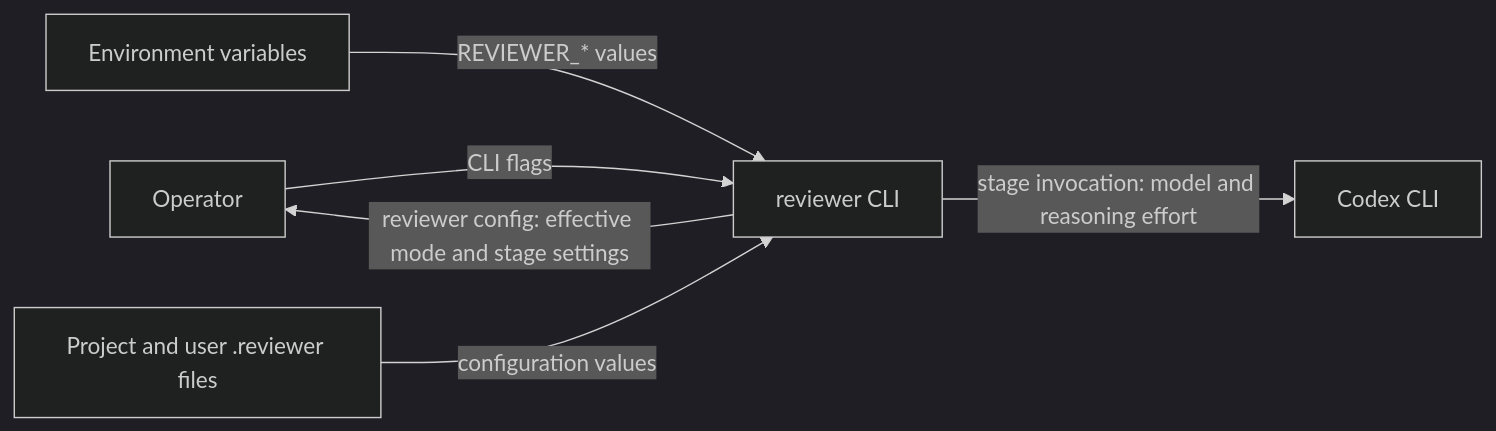
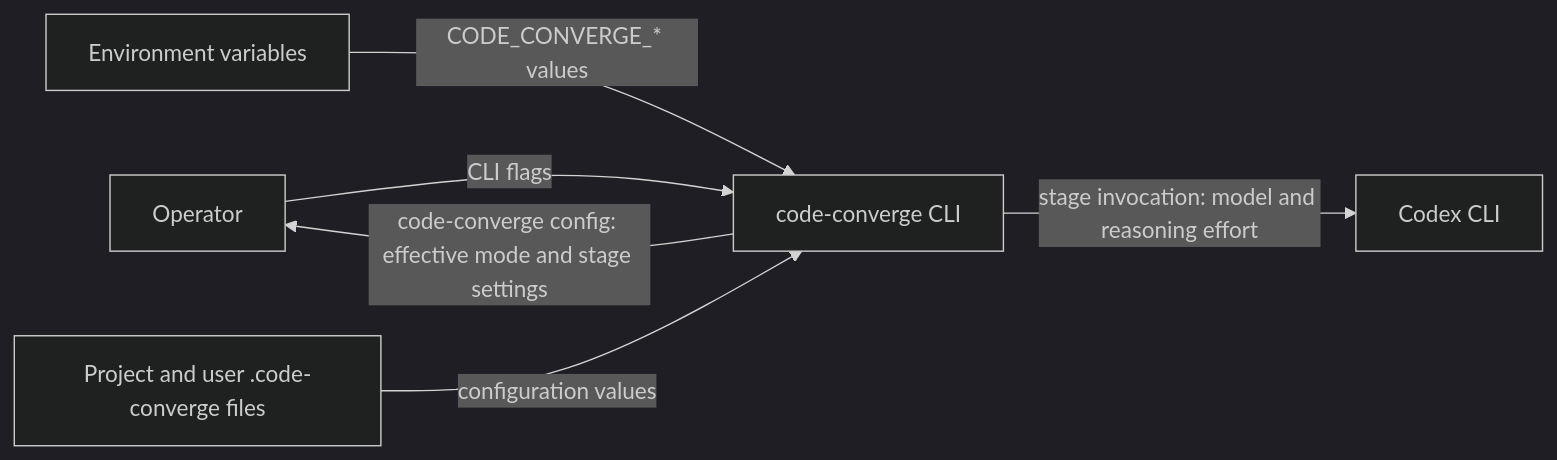
Before and after one commit to dapi/code-converge: the diagram in memory-bank/features/FT-005/design.md, drawn with Mermaid (dark theme). The commit also changed other lines of this file and 77 other files, not shown here.

Commit message:
Rename project to code-converge

````diff
--- a/memory-bank/features/FT-005/design.md
+++ b/memory-bank/features/FT-005/design.md
@@ -41,8 +41,8 @@
 ```mermaid
 flowchart LR
-  O[Operator] -->|CLI flags| R[reviewer CLI]
-  E[Environment variables] -->|REVIEWER_* values| R
-  F[Project and user .reviewer files] -->|configuration values| R
-  R -->|reviewer config: effective mode and stage settings| O
+  O[Operator] -->|CLI flags| R[code-converge CLI]
+  E[Environment variables] -->|CODE_CONVERGE_* values| R
+  F[Project and user .code-converge files] -->|configuration values| R
+  R -->|code-converge config: effective mode and stage settings| O
   R -->|stage invocation: model and reasoning effort| C[Codex CLI]
 ```
````
